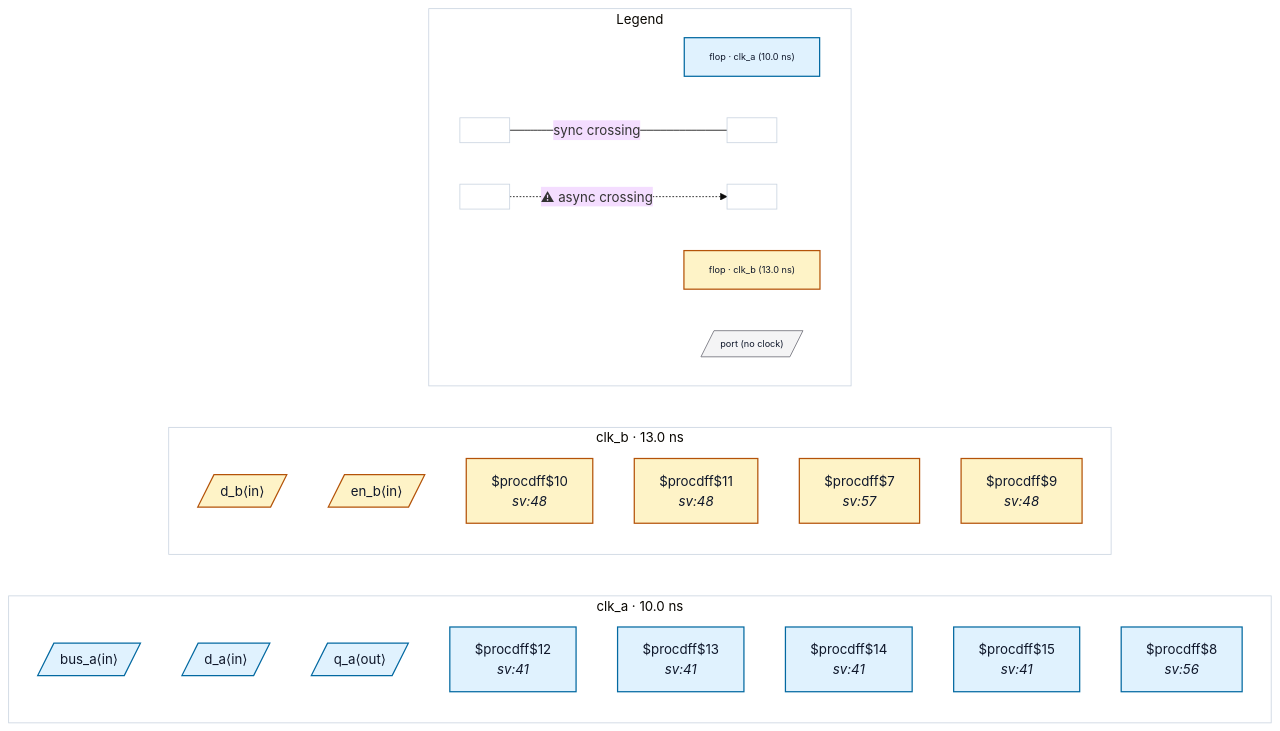
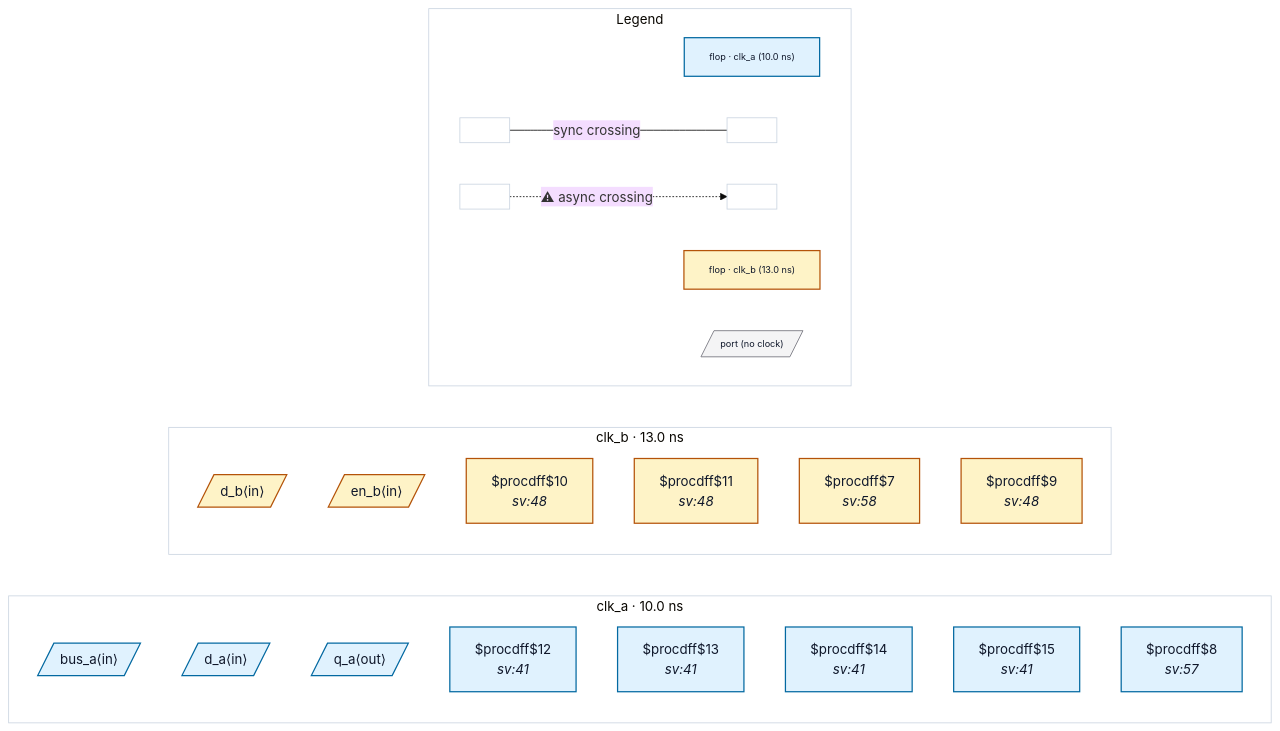
Before and after one commit to rtl-buddy/rtl-buddy-cdc: the diagram in tests/fixtures/bad_output_missing_contract/README.md, drawn with Mermaid (base theme). The commit also changed 3 other files, not shown here.

````diff
--- a/tests/fixtures/bad_output_missing_contract/README.md
+++ b/tests/fixtures/bad_output_missing_contract/README.md
@@ -16,50 +16,50 @@
 ```mermaid
 %% bad_output_missing_contract — generated by rtl-buddy-cdc render
 flowchart LR
   subgraph clk_clk_a["clk_a · 10.0 ns"]
     direction TB
     p_in_bus_a[/"bus_a⟨in⟩"/]:::ckcls_clk_a
     p_in_d_a[/"d_a⟨in⟩"/]:::ckcls_clk_a
     p_ou_q_a[/"q_a⟨out⟩"/]:::ckcls_clk_a
     f_60c9b269["$procdff$12<br/><i>sv:41</i>"]:::ckcls_clk_a
     f_1dfefa17["$procdff$13<br/><i>sv:41</i>"]:::ckcls_clk_a
     f_fd4fa9dd["$procdff$14<br/><i>sv:41</i>"]:::ckcls_clk_a
     f_40fed564["$procdff$15<br/><i>sv:41</i>"]:::ckcls_clk_a
-    f_348188a2["$procdff$8<br/><i>sv:56</i>"]:::ckcls_clk_a
+    f_348188a2["$procdff$8<br/><i>sv:57</i>"]:::ckcls_clk_a
   end
   subgraph clk_clk_b["clk_b · 13.0 ns"]
     direction TB
     p_in_d_b[/"d_b⟨in⟩"/]:::ckcls_clk_b
     p_in_en_b[/"en_b⟨in⟩"/]:::ckcls_clk_b
     f_6554755b["$procdff$10<br/><i>sv:48</i>"]:::ckcls_clk_b
     f_389222d6["$procdff$11<br/><i>sv:48</i>"]:::ckcls_clk_b
-    f_21be33c5["$procdff$7<br/><i>sv:57</i>"]:::ckcls_clk_b
+    f_21be33c5["$procdff$7<br/><i>sv:58</i>"]:::ckcls_clk_b
     f_4b488dbd["$procdff$9<br/><i>sv:48</i>"]:::ckcls_clk_b
   end
   subgraph rb_legend["Legend"]
     direction LR
     lg_clk_clk_a["flop · clk_a (10.0 ns)"]:::ckcls_clk_a
     lg_clk_clk_b["flop · clk_b (13.0 ns)"]:::ckcls_clk_b
     lg_port[/"port (no clock)"/]:::port_unassigned
     lg_sync_a[" "]:::ckcls_legend_neutral
     lg_sync_b[" "]:::ckcls_legend_neutral
     lg_async_a[" "]:::ckcls_legend_neutral
     lg_async_b[" "]:::ckcls_legend_neutral
     lg_sync_a --- |"sync crossing"| lg_sync_b
     lg_async_a -. "⚠ async crossing" .-> lg_async_b
   end
   style clk_clk_a fill:none,stroke:#cbd5e1
   style clk_clk_b fill:none,stroke:#cbd5e1
   style rb_legend fill:none,stroke:#cbd5e1
   style lg_clk_clk_a font-size:11px
   style lg_clk_clk_b font-size:11px
   style lg_port font-size:11px
   style lg_sync_a font-size:11px
   style lg_sync_b font-size:11px
   style lg_async_a font-size:11px
   style lg_async_b font-size:11px
   classDef ckcls_clk_a fill:#e0f2fe,stroke:#0369a1,stroke-width:1.5px,color:#0f172a
   classDef ckcls_clk_b fill:#fef3c7,stroke:#b45309,stroke-width:1.5px,color:#0f172a
   classDef port_unassigned fill:#f4f4f5,stroke:#71717a,color:#0f172a
   classDef ckcls_legend_neutral fill:#ffffff,stroke:#cbd5e1,stroke-width:1px,color:#0f172a
 ```
````
